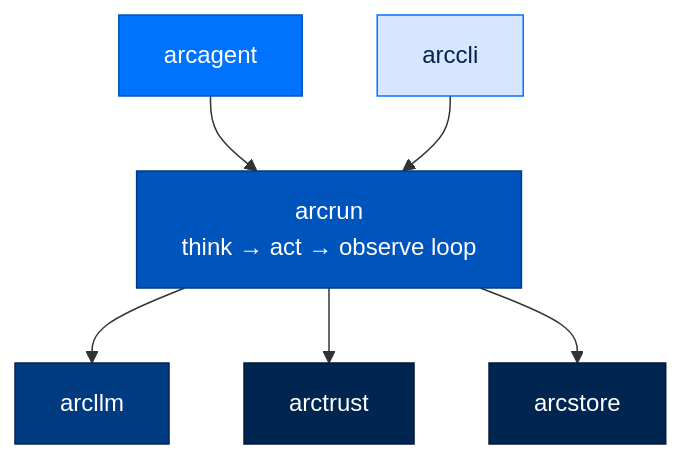
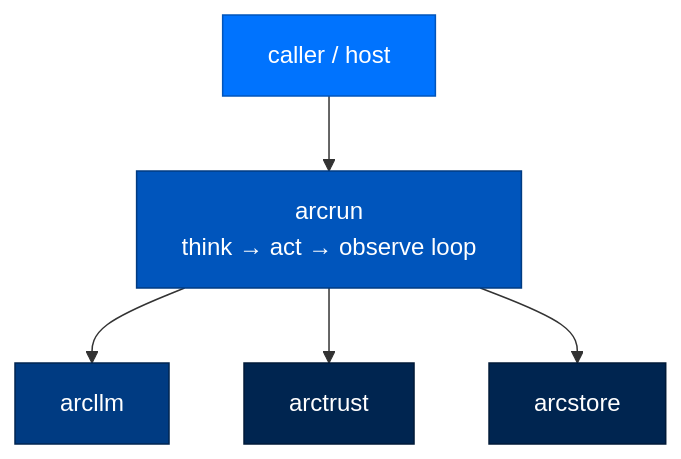
The diagram in packages/arcrun/README.md (joshuamschultz/Arc), drawn with Mermaid before and after one commit. The commit also changed other lines of this file and 249 other files, not shown here.

````diff
--- a/packages/arcrun/README.md
+++ b/packages/arcrun/README.md
@@ -32,14 +32,13 @@
 ```mermaid
 flowchart TB
     classDef entry fill:#D6E6FF,stroke:#0073FE,color:#002550
     classDef agent fill:#0073FE,stroke:#0055BC,color:#FFFFFF
     classDef runtime fill:#0055BC,stroke:#003B82,color:#FFFFFF
     classDef llm fill:#003B82,stroke:#002550,color:#FFFFFF
     classDef found fill:#002550,stroke:#001A38,color:#FFFFFF
 
-    arcagent[arcagent]:::agent --> arcrun
-    arccli[arccli]:::entry --> arcrun
+    caller[caller / host]:::agent --> arcrun
     arcrun[arcrun<br/>think → act → observe loop]:::runtime --> arcllm[arcllm]:::llm
     arcrun --> arctrust[arctrust]:::found
     arcrun --> arcstore[arcstore]:::found
 ```
````
